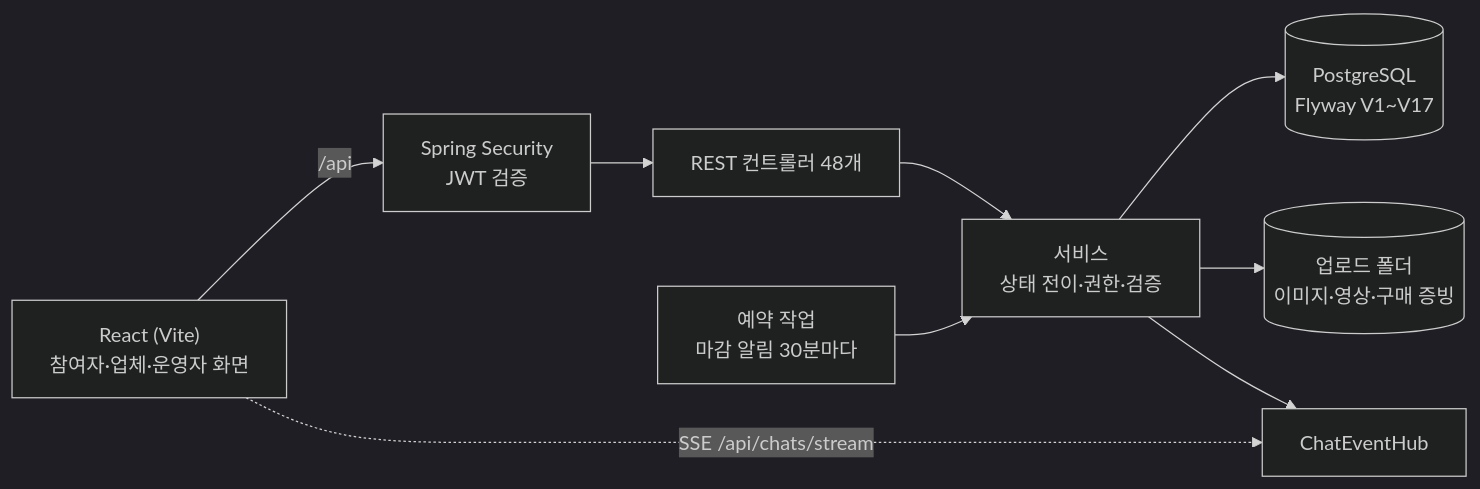
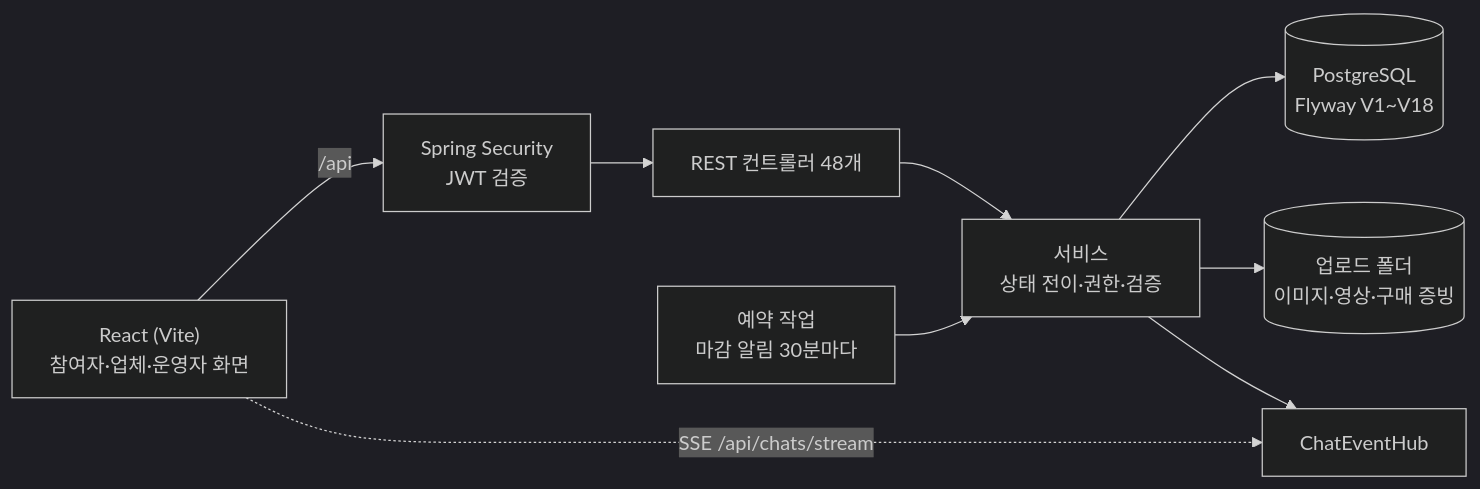
Before and after one commit to yoo-jin-k/movrit-backend: the first of 2 diagrams in README.md, drawn with Mermaid (dark theme). The commit also changed other lines of this file and 42 other files, not shown here.

````diff
--- a/README.md
+++ b/README.md
@@ -71,10 +73,10 @@
 ```mermaid
 flowchart LR
   FE["React (Vite)<br/>참여자·업체·운영자 화면"] -- "/api" --> SEC["Spring Security<br/>JWT 검증"]
   FE -. "SSE /api/chats/stream" .-> CHAT["ChatEventHub"]
   SEC --> API["REST 컨트롤러 48개"] --> SVC["서비스<br/>상태 전이·권한·검증"]
-  SVC --> DB[("PostgreSQL<br/>Flyway V1~V17")]
+  SVC --> DB[("PostgreSQL<br/>Flyway V1~V18")]
   SVC --> FS[("업로드 폴더<br/>이미지·영상·구매 증빙")]
   SVC --> CHAT
   JOB["예약 작업<br/>마감 알림 30분마다"] --> SVC
 ```
````
